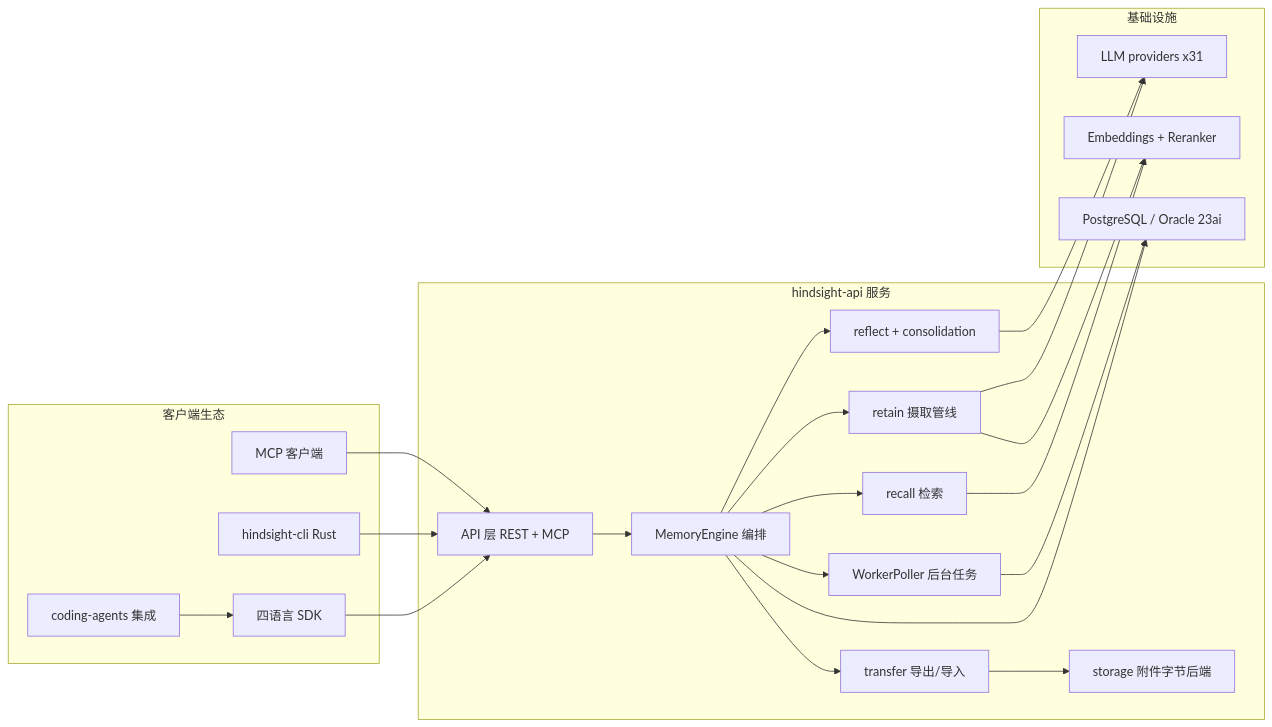
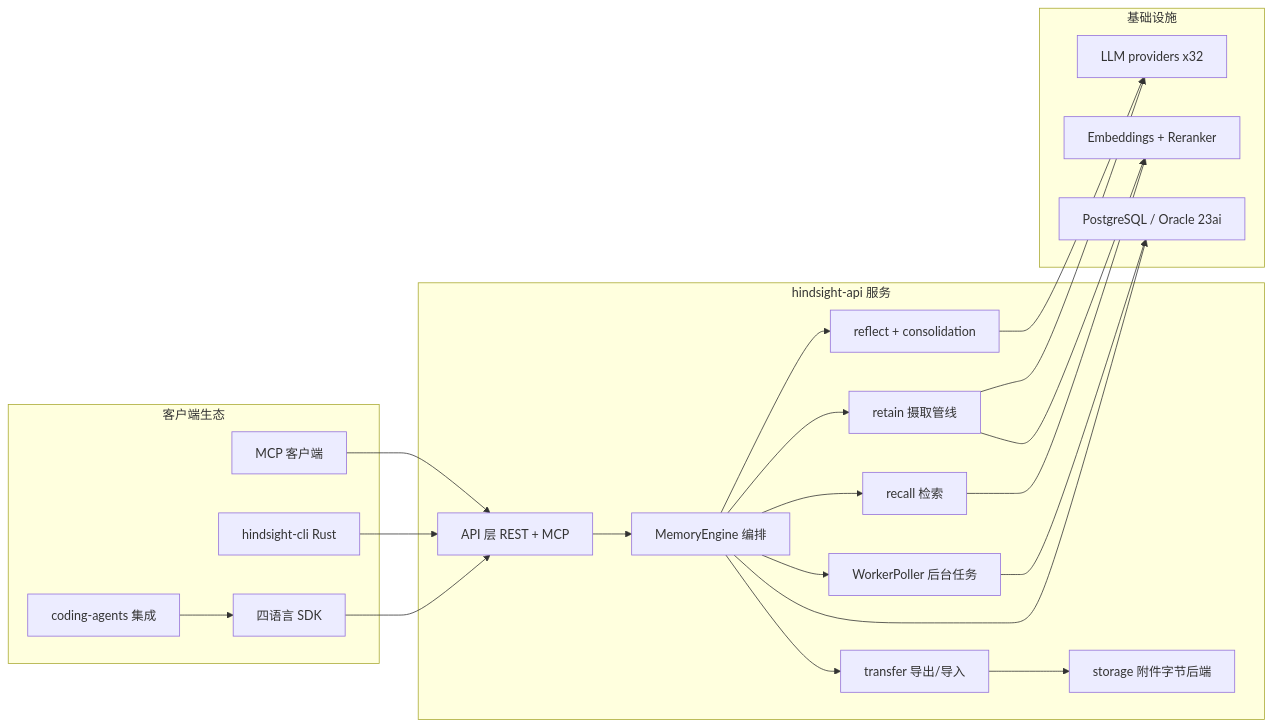
Before and after one commit to stefanv5/memory-platform-architecture: the diagram in docs/hindsight/source-study/00-导读.md, drawn with Mermaid. The commit also changed other lines of this file and 10 other files, not shown here.

````diff
--- a/docs/hindsight/source-study/00-导读.md
+++ b/docs/hindsight/source-study/00-导读.md
@@ -29,41 +29,41 @@
 ```mermaid
 flowchart LR
     subgraph CLIENTS["客户端生态"]
         SDK["四语言 SDK"]
         CLI["hindsight-cli Rust"]
         AGENTS["coding-agents 集成"]
         MCP["MCP 客户端"]
     end
     subgraph SERVER["hindsight-api 服务"]
         API["API 层 REST + MCP"]
         ENG["MemoryEngine 编排"]
         RETAIN["retain 摄取管线"]
         RECALL["recall 检索"]
         REFLECT["reflect + consolidation"]
         TRF["transfer 导出/导入"]
         STOR["storage 附件字节后端"]
         WORKER["WorkerPoller 后台任务"]
     end
     subgraph INFRA["基础设施"]
-        LLM["LLM providers x31"]
+        LLM["LLM providers x32"]
         EMB["Embeddings + Reranker"]
         DB["PostgreSQL / Oracle 23ai"]
     end
     SDK --> API
     CLI --> API
     AGENTS --> SDK
     MCP --> API
     API --> ENG
     ENG --> RETAIN
     ENG --> RECALL
     ENG --> REFLECT
     ENG --> WORKER
     RETAIN --> LLM
     REFLECT --> LLM
     RECALL --> EMB
     RETAIN --> EMB
     ENG --> DB
     ENG --> TRF
     TRF --> STOR
     WORKER --> DB
 ```
````
